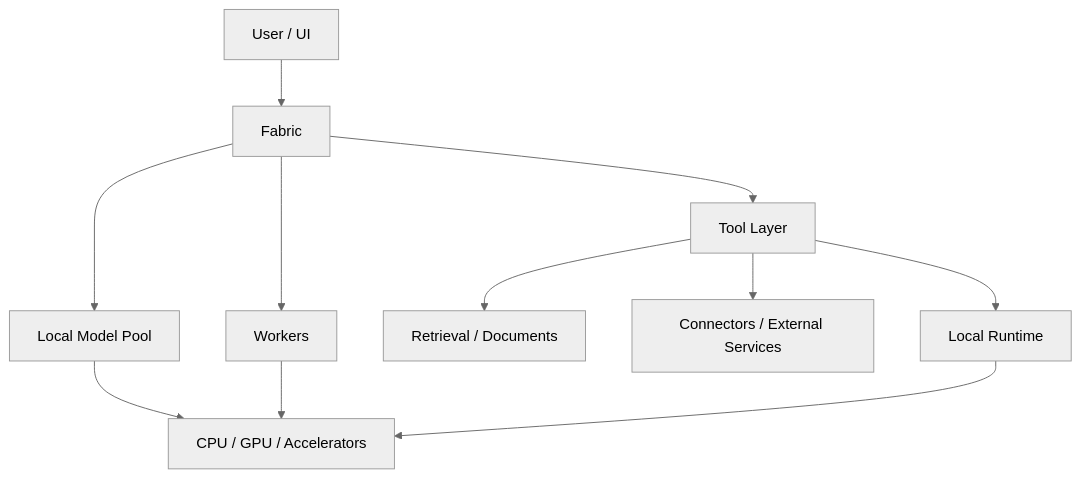
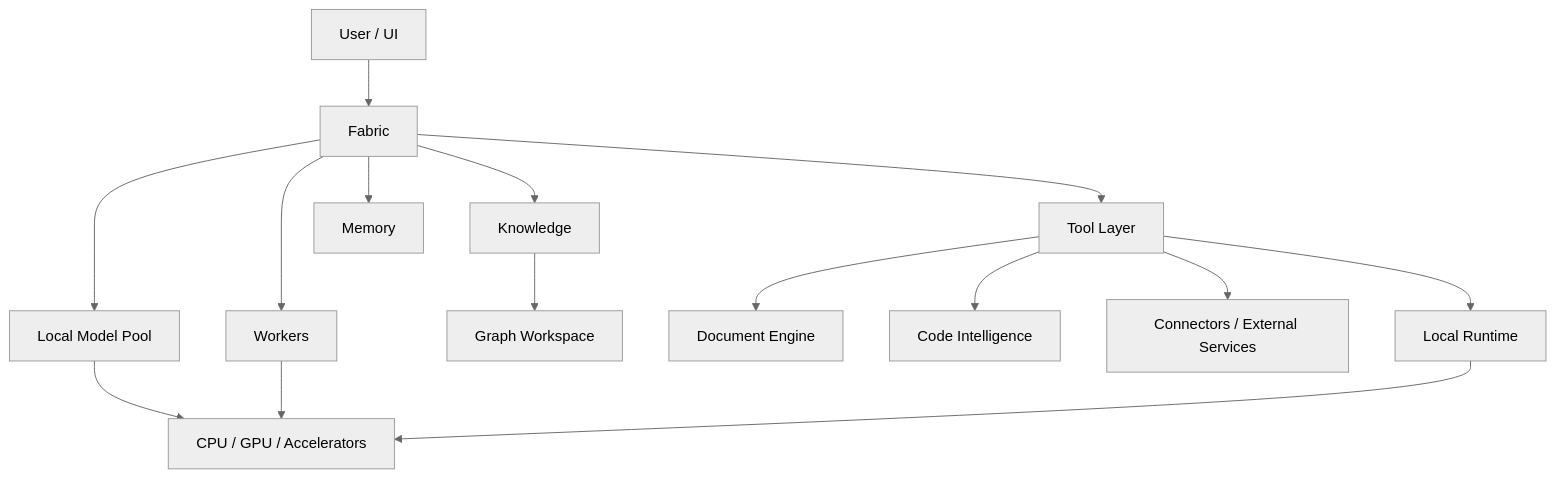
The diagram in docs/architecture-overview.md (remixazkA/ariamir-showcase), drawn with Mermaid (neutral theme) before and after one commit. The commit also changed other lines of this file and 6 other files, not shown here.

````diff
--- a/docs/architecture-overview.md
+++ b/docs/architecture-overview.md
@@ -5,23 +5,31 @@
 ```mermaid
 flowchart TB
     UI[User / UI]
     F[Fabric]
     MODELS[Local Model Pool]
     WORKERS[Workers]
     TOOLS[Tool Layer]
-    DATA[Retrieval / Documents]
+    KNOWLEDGE[Knowledge]
+    GRAPH[Graph Workspace]
+    MEMORY[Memory]
+    DATA[Document Engine]
+    CODE[Code Intelligence]
     EXT[Connectors / External Services]
     RUNTIME[Local Runtime]
     HW[CPU / GPU / Accelerators]
 
     UI --> F
     F --> MODELS
     F --> WORKERS
     F --> TOOLS
+    F --> KNOWLEDGE
+    F --> MEMORY
+    KNOWLEDGE --> GRAPH
     TOOLS --> DATA
+    TOOLS --> CODE
     TOOLS --> EXT
     TOOLS --> RUNTIME
     MODELS --> HW
     WORKERS --> HW
     RUNTIME --> HW
 ```
````
